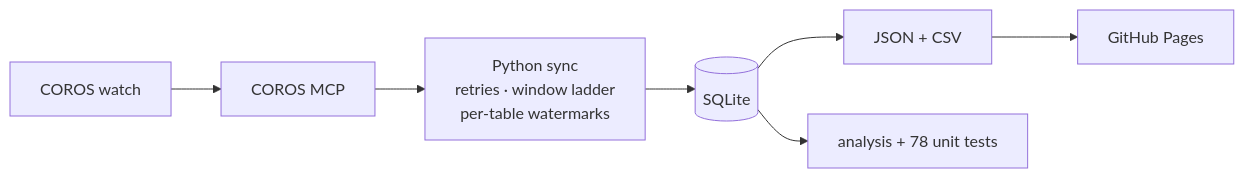
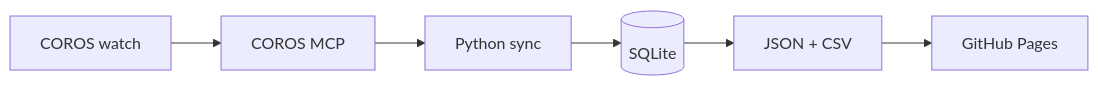
One commit to zhubao315/zhubao315 changed the diagram in README.md. Above: the diagram before and after it, drawn with Mermaid. The commit also changed other lines of this file, not shown here.

First line of the commit message:
docs: tighten profile README — shorter badges, simpler pipeline diagram

````diff
--- a/README.md
+++ b/README.md
@@ -32,9 +32,8 @@
 ```mermaid
 flowchart LR
   W[COROS watch] --> M[COROS MCP]
-  M --> P["Python sync<br/>retries · window ladder<br/>per-table watermarks"]
+  M --> P[Python sync]
   P --> D[(SQLite)]
   D --> J[JSON + CSV]
   J --> G[GitHub Pages]
-  D --> A[analysis + 78 unit tests]
 ```
````
